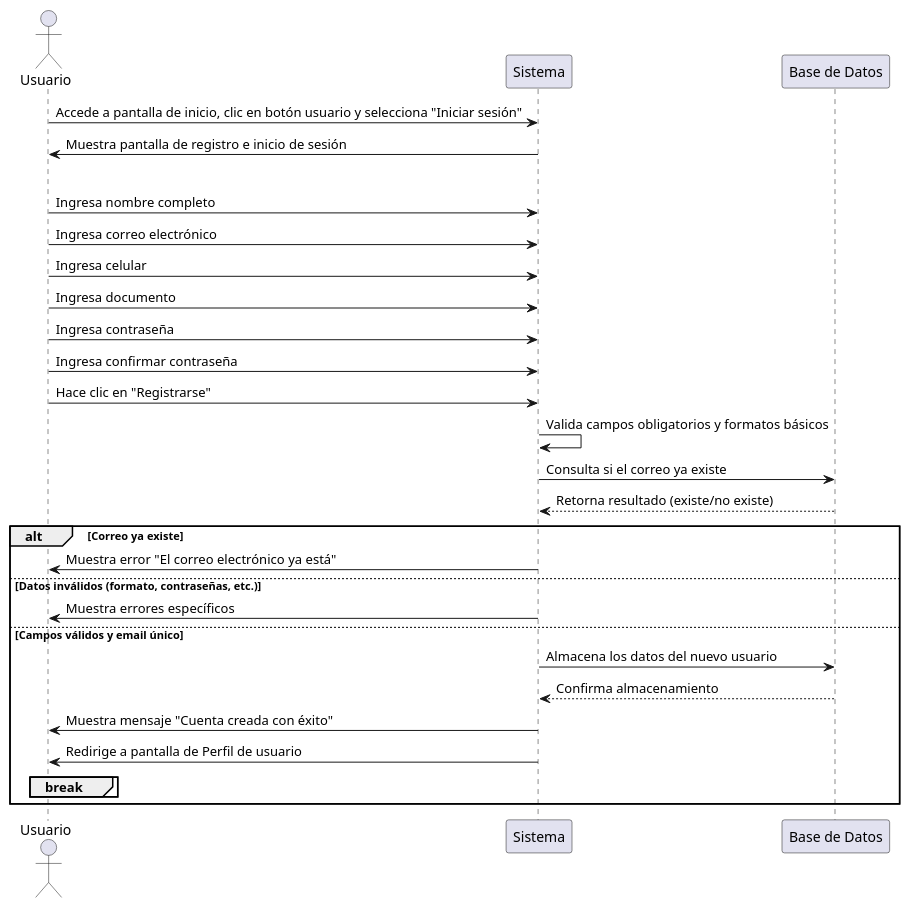
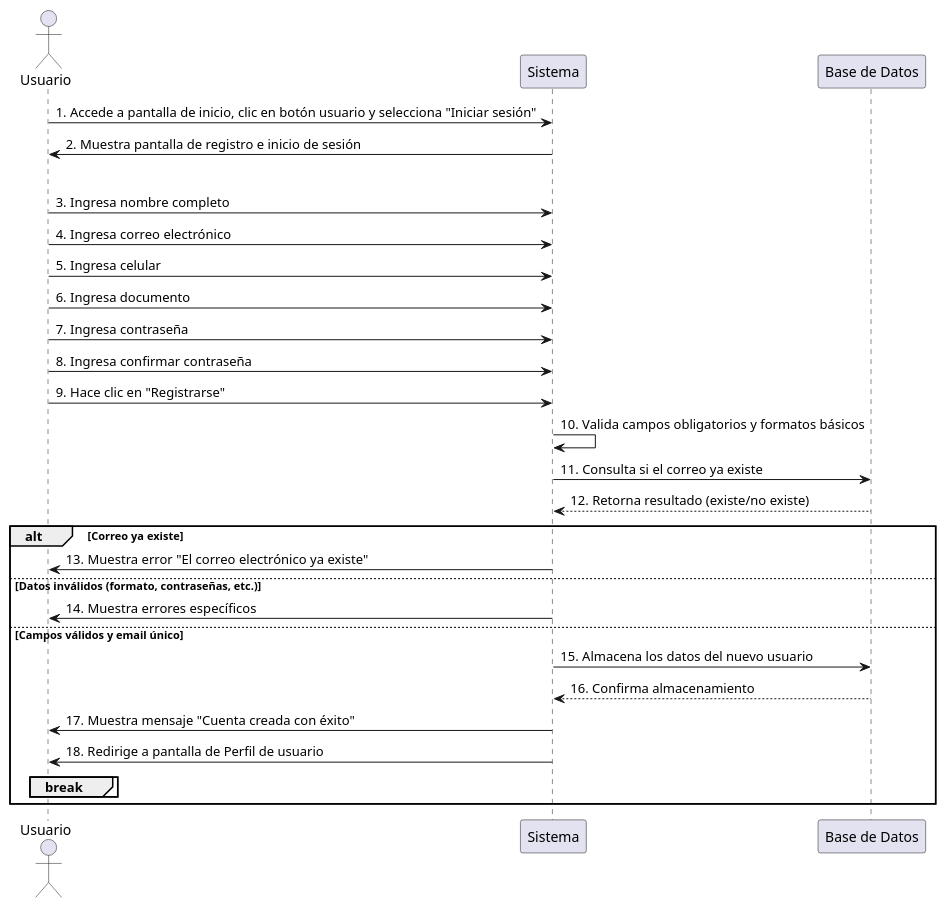
Before and after one commit to LauKnitIn/SISTEMA-GESTOR-DE-RECORRIDOS: the diagram in diagramas_modulo_autenticacion/secuencia-modulo-autenticacion/Secuencia_Crear_cuenta.puml, drawn with PlantUML. The commit also changed 4 other files, not shown here.

Commit message:
Se agrego numeración a los pasos de los diagramas de secuencia

```diff
--- a/diagramas_modulo_autenticacion/secuencia-modulo-autenticacion/Secuencia_Crear_cuenta.puml
+++ b/diagramas_modulo_autenticacion/secuencia-modulo-autenticacion/Secuencia_Crear_cuenta.puml
@@ -1,35 +1,35 @@
 @startuml
 actor "Usuario" as user
 participant "Sistema" as system
 participant "Base de Datos" as db
 
-user -> system: Accede a pantalla de inicio, clic en botón usuario y selecciona "Iniciar sesión"
-system -> user: Muestra pantalla de registro e inicio de sesión
+user -> system: 1. Accede a pantalla de inicio, clic en botón usuario y selecciona "Iniciar sesión"
+system -> user: 2. Muestra pantalla de registro e inicio de sesión
 
 loop while no registrado
-  user -> system: Ingresa nombre completo
-  user -> system: Ingresa correo electrónico
-  user -> system: Ingresa celular
-  user -> system: Ingresa documento
-  user -> system: Ingresa contraseña
-  user -> system: Ingresa confirmar contraseña
-  user -> system: Hace clic en "Registrarse"
+  user -> system: 3. Ingresa nombre completo
+  user -> system: 4. Ingresa correo electrónico
+  user -> system: 5. Ingresa celular
+  user -> system: 6. Ingresa documento
+  user -> system: 7. Ingresa contraseña
+  user -> system: 8. Ingresa confirmar contraseña
+  user -> system: 9. Hace clic en "Registrarse"
   
-  system -> system: Valida campos obligatorios y formatos básicos
+  system -> system: 10. Valida campos obligatorios y formatos básicos
   
-  system -> db: Consulta si el correo ya existe
-  db --> system: Retorna resultado (existe/no existe)
+  system -> db: 11. Consulta si el correo ya existe
+  db --> system: 12. Retorna resultado (existe/no existe)
   
   alt Correo ya existe
-    system -> user: Muestra error "El correo electrónico ya está"
+    system -> user: 13. Muestra error "El correo electrónico ya existe"
   else Datos inválidos (formato, contraseñas, etc.)
-    system -> user: Muestra errores específicos
+    system -> user: 14. Muestra errores específicos
   else Campos válidos y email único
-    system -> db: Almacena los datos del nuevo usuario
-    db --> system: Confirma almacenamiento
-    system -> user: Muestra mensaje "Cuenta creada con éxito"
-    system -> user: Redirige a pantalla de Perfil de usuario
+    system -> db: 15. Almacena los datos del nuevo usuario
+    db --> system: 16. Confirma almacenamiento
+    system -> user: 17. Muestra mensaje "Cuenta creada con éxito"
+    system -> user: 18. Redirige a pantalla de Perfil de usuario
     break
   end
 end
 @enduml
```
